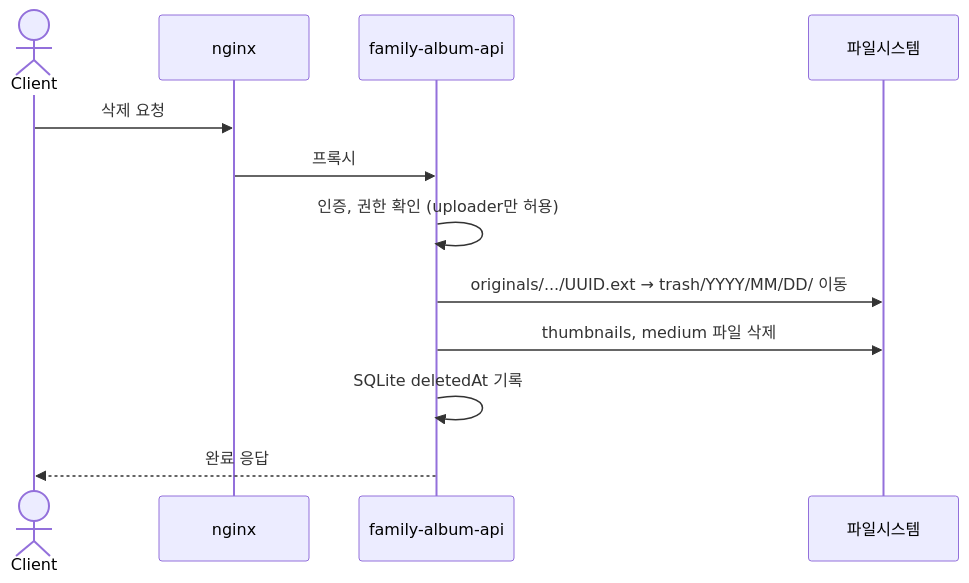
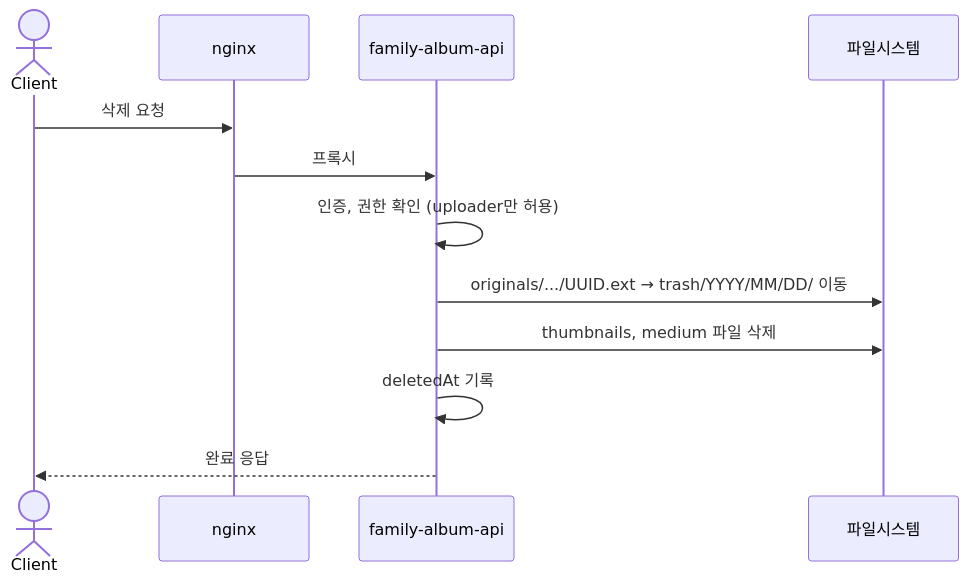
The fourth of 6 diagrams in docs/architecture/system/overview.md (kass1693/family-archive-appliance), drawn with Mermaid before and after one commit. The commit also changed other lines of this file and 3 other files, not shown here.

````diff
--- a/docs/architecture/system/overview.md
+++ b/docs/architecture/system/overview.md
@@ -378,15 +377,15 @@
 ```mermaid
 sequenceDiagram
     actor Client
     participant nginx
     participant api as family-album-api
     participant fs as 파일시스템
 
     Client->>nginx: 삭제 요청
     nginx->>api: 프록시
     api->>api: 인증, 권한 확인 (uploader만 허용)
     api->>fs: originals/.../UUID.ext → trash/YYYY/MM/DD/ 이동
     api->>fs: thumbnails, medium 파일 삭제
-    api->>api: SQLite deletedAt 기록
+    api->>api: deletedAt 기록
     api-->>Client: 완료 응답
 ```
````
